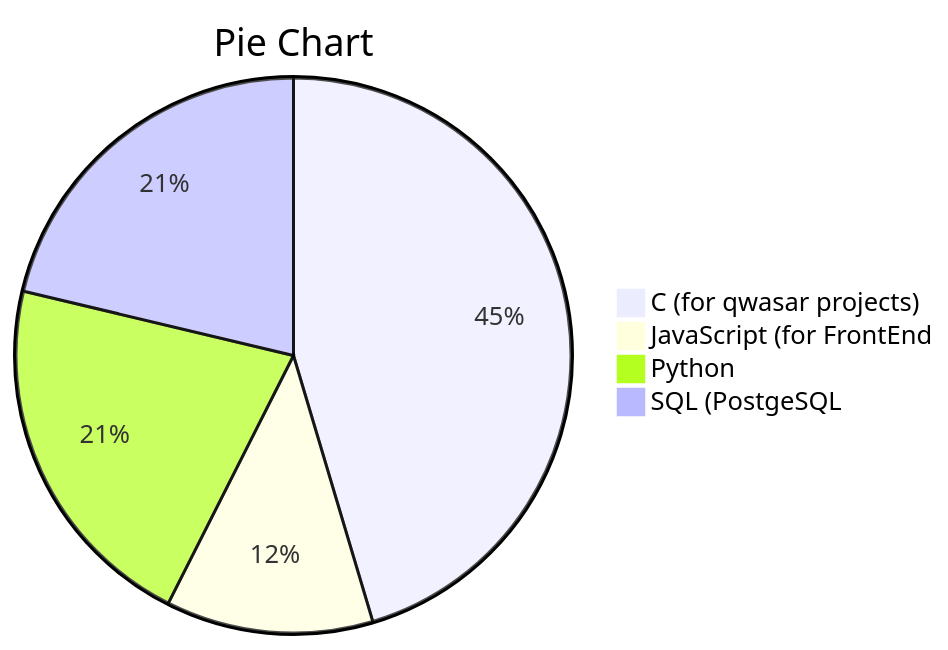
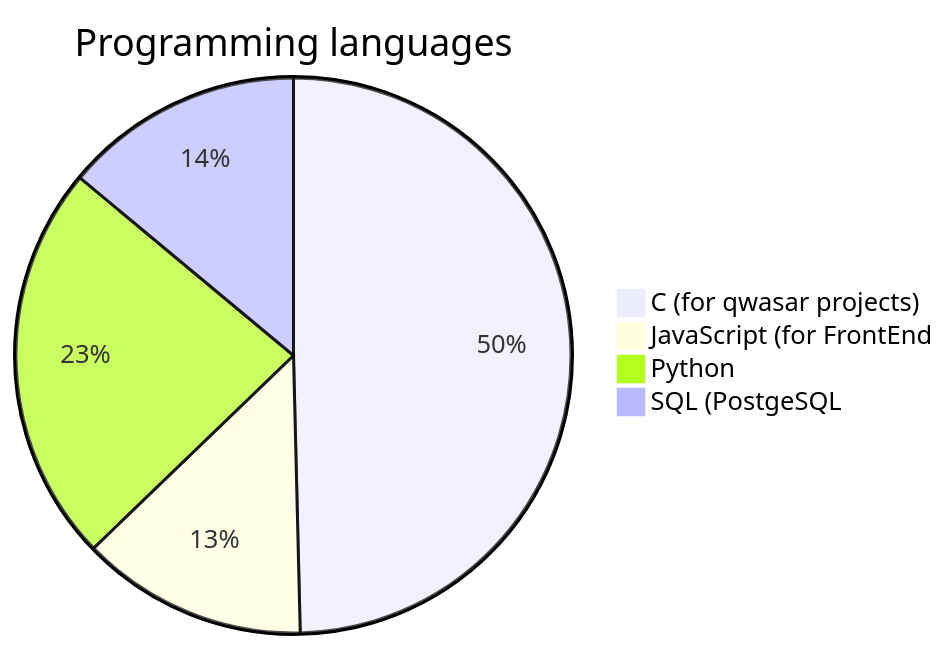
Before and after one commit to holmon-alp/holmon-alp: the diagram in README.md, drawn with Mermaid. The commit also changed other lines of this file, not shown here.

Commit message:
programming

````diff
--- a/README.md
+++ b/README.md
@@ -19,8 +19,8 @@
 ```mermaid
 pie
-    title Pie Chart
+    title Programming languages
     "C (for qwasar projects)" : 320
     "JavaScript (for FrontEnd" : 85
     "Python" : 150
-    "SQL (PostgeSQL" : 150
+    "SQL (PostgeSQL" : 90
 ```
````
